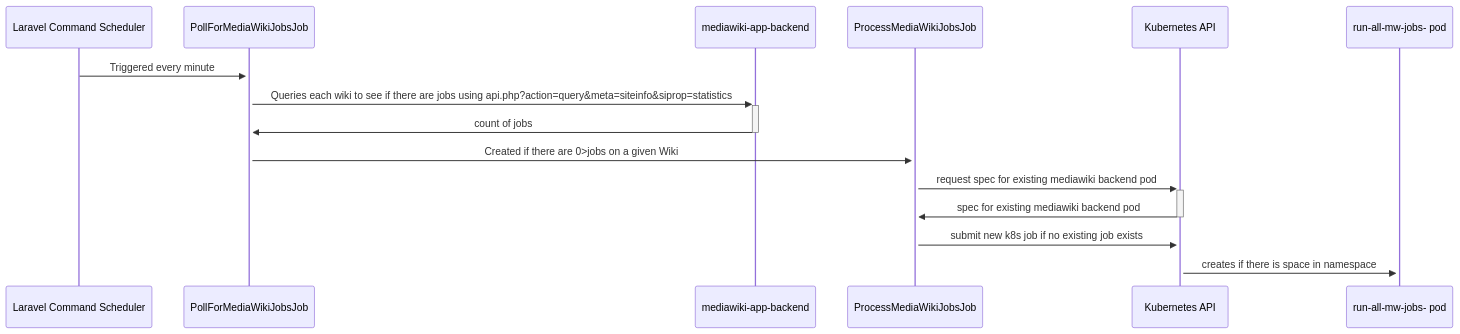
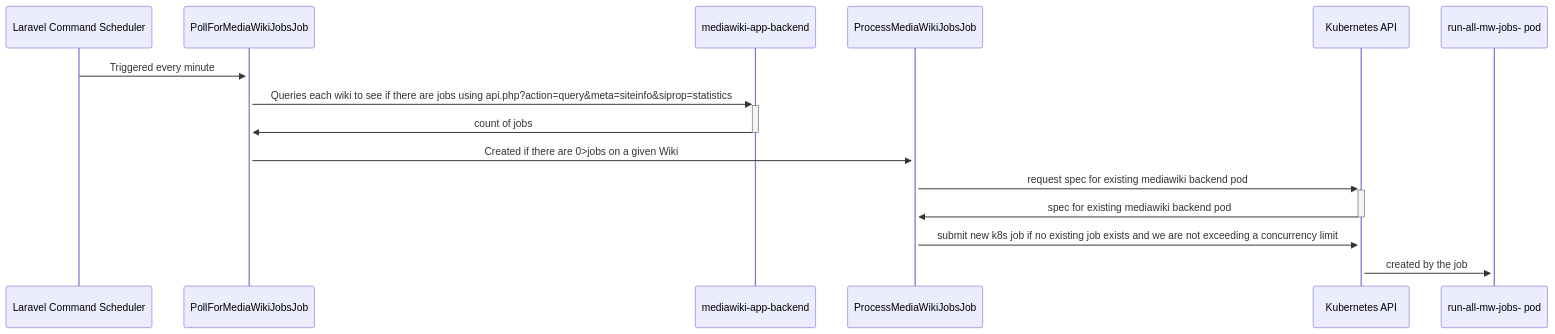
Before and after one commit to wbstack/api: the diagram in docs/running-mediawiki-jobs.md, drawn with Mermaid.

````diff
--- a/docs/running-mediawiki-jobs.md
+++ b/docs/running-mediawiki-jobs.md
@@ -5,11 +5,11 @@
 ```mermaid
 sequenceDiagram
     Laravel Command Scheduler->>+PollForMediaWikiJobsJob: Triggered every minute
     PollForMediaWikiJobsJob->>+mediawiki-app-backend: Queries each wiki to see if there are jobs using api.php?action=query&meta=siteinfo&siprop=statistics
     mediawiki-app-backend->>-PollForMediaWikiJobsJob: count of jobs
     PollForMediaWikiJobsJob->>+ProcessMediaWikiJobsJob: Created if there are 0>jobs on a given Wiki
     ProcessMediaWikiJobsJob->>+Kubernetes API: request spec for existing mediawiki backend pod
     Kubernetes API->>-ProcessMediaWikiJobsJob: spec for existing mediawiki backend pod
-    ProcessMediaWikiJobsJob->>+Kubernetes API: submit new k8s job if no existing job exists
-    Kubernetes API->>+run-all-mw-jobs- pod: creates if there is space in namespace
+    ProcessMediaWikiJobsJob->>+Kubernetes API: submit new k8s job if no existing job exists and we are not exceeding a concurrency limit
+    Kubernetes API->>+run-all-mw-jobs- pod: created by the job
 ```
````
